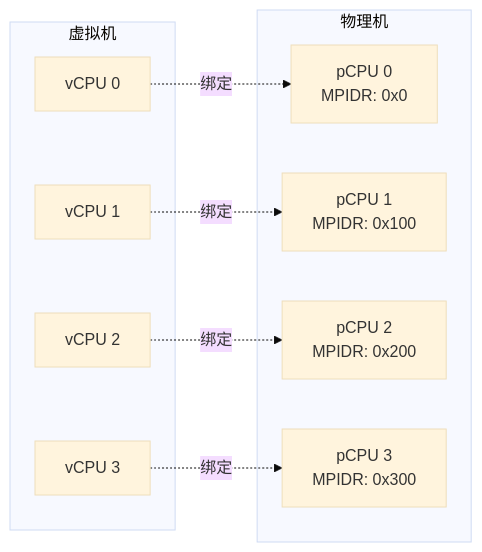
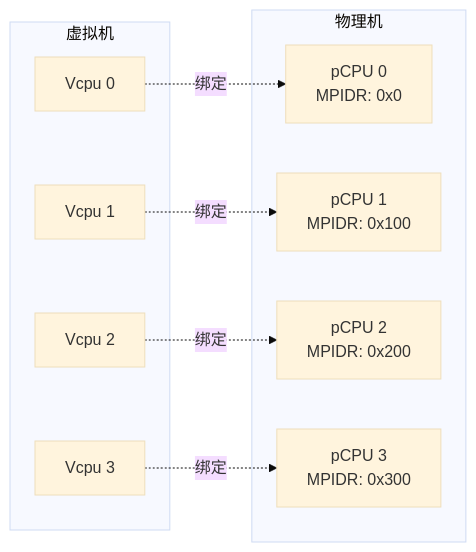
Before and after one commit to arceos-hypervisor/axvisorbook: the second of 6 diagrams in docs/design/guest/config/config-toml-format.md, drawn with Mermaid (base theme). The commit also changed other lines of this file and 6 other files, not shown here.

````diff
--- a/docs/design/guest/config/config-toml-format.md
+++ b/docs/design/guest/config/config-toml-format.md
@@ -67,21 +67,21 @@
 ```mermaid
 graph LR
     subgraph 虚拟机
-        V0[vCPU 0]
-        V1[vCPU 1]
-        V2[vCPU 2]
-        V3[vCPU 3]
+        V0[Vcpu 0]
+        V1[Vcpu 1]
+        V2[Vcpu 2]
+        V3[Vcpu 3]
     end
 
     subgraph 物理机
         P0[pCPU 0<br/>MPIDR: 0x0]
         P1[pCPU 1<br/>MPIDR: 0x100]
         P2[pCPU 2<br/>MPIDR: 0x200]
         P3[pCPU 3<br/>MPIDR: 0x300]
     end
 
     V0 -.->|绑定| P0
     V1 -.->|绑定| P1
     V2 -.->|绑定| P2
     V3 -.->|绑定| P3
 ```
````
